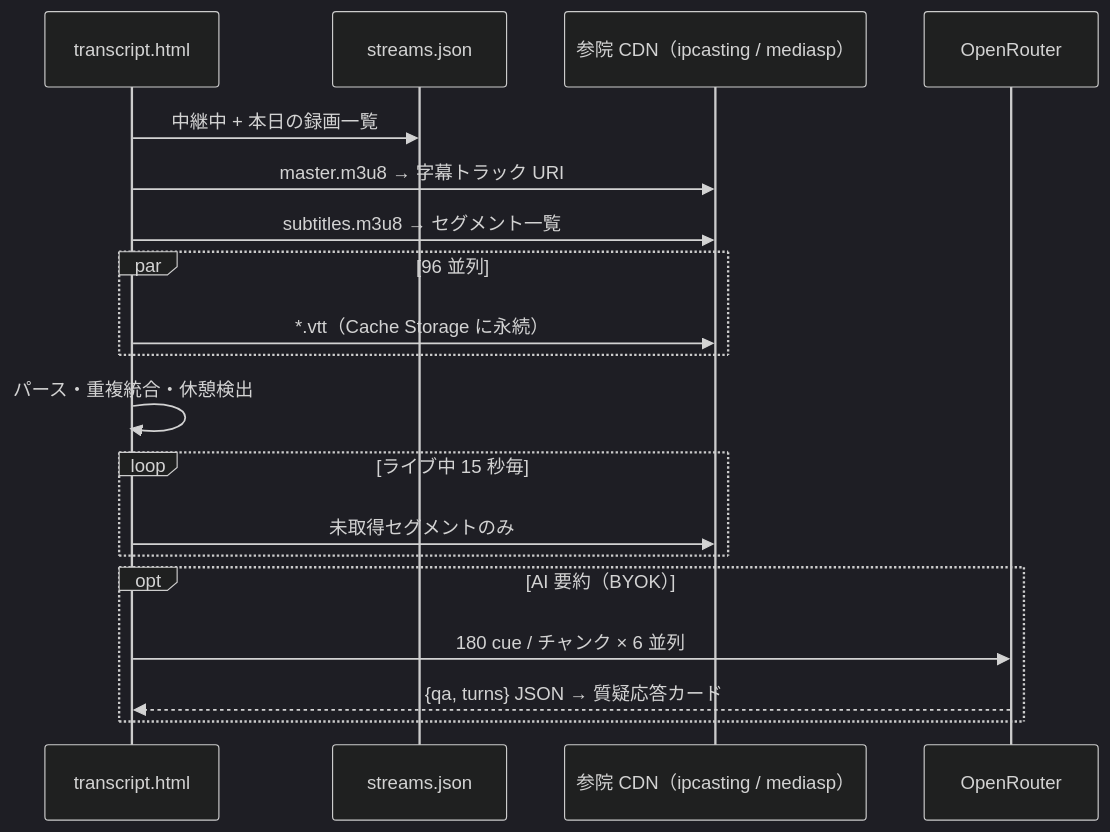
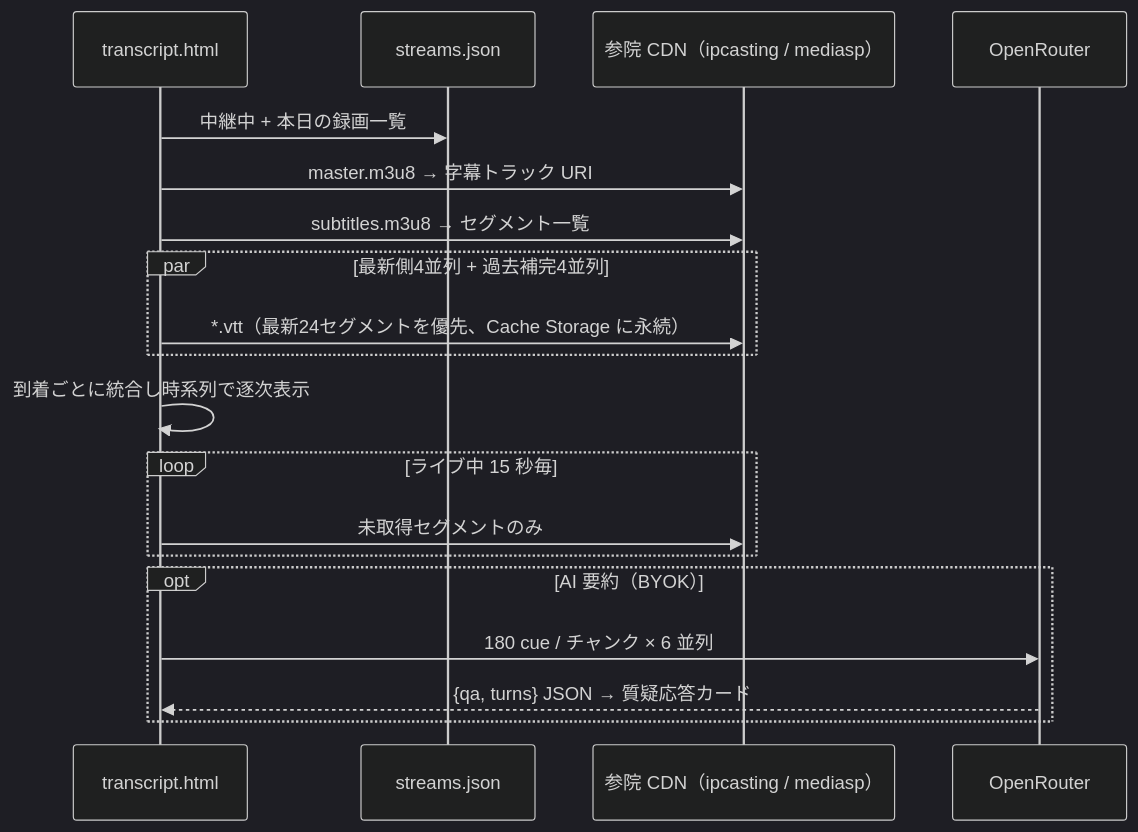
Before and after one commit to michitomo/shusantv: the third of 3 diagrams in README.md, drawn with Mermaid (dark theme). The commit also changed other lines of this file and 13 other files, not shown here.

````diff
--- a/README.md
+++ b/README.md
@@ -84,21 +94,21 @@
 ```mermaid
 sequenceDiagram
   participant B as transcript.html
   participant J as streams.json
   participant C as 参院 CDN（ipcasting / mediasp）
   participant O as OpenRouter
   B->>J: 中継中 + 本日の録画一覧
   B->>C: master.m3u8 → 字幕トラック URI
   B->>C: subtitles.m3u8 → セグメント一覧
-  par 96 並列
-    B->>C: *.vtt（Cache Storage に永続）
+  par 最新側4並列 + 過去補完4並列
+    B->>C: *.vtt（最新24セグメントを優先、Cache Storage に永続）
   end
-  B->>B: パース・重複統合・休憩検出
+  B->>B: 到着ごとに統合し時系列で逐次表示
   loop ライブ中 15 秒毎
     B->>C: 未取得セグメントのみ
   end
   opt AI 要約（BYOK）
     B->>O: 180 cue / チャンク × 6 並列
     O-->>B: {qa, turns} JSON → 質疑応答カード
   end
 ```
````
